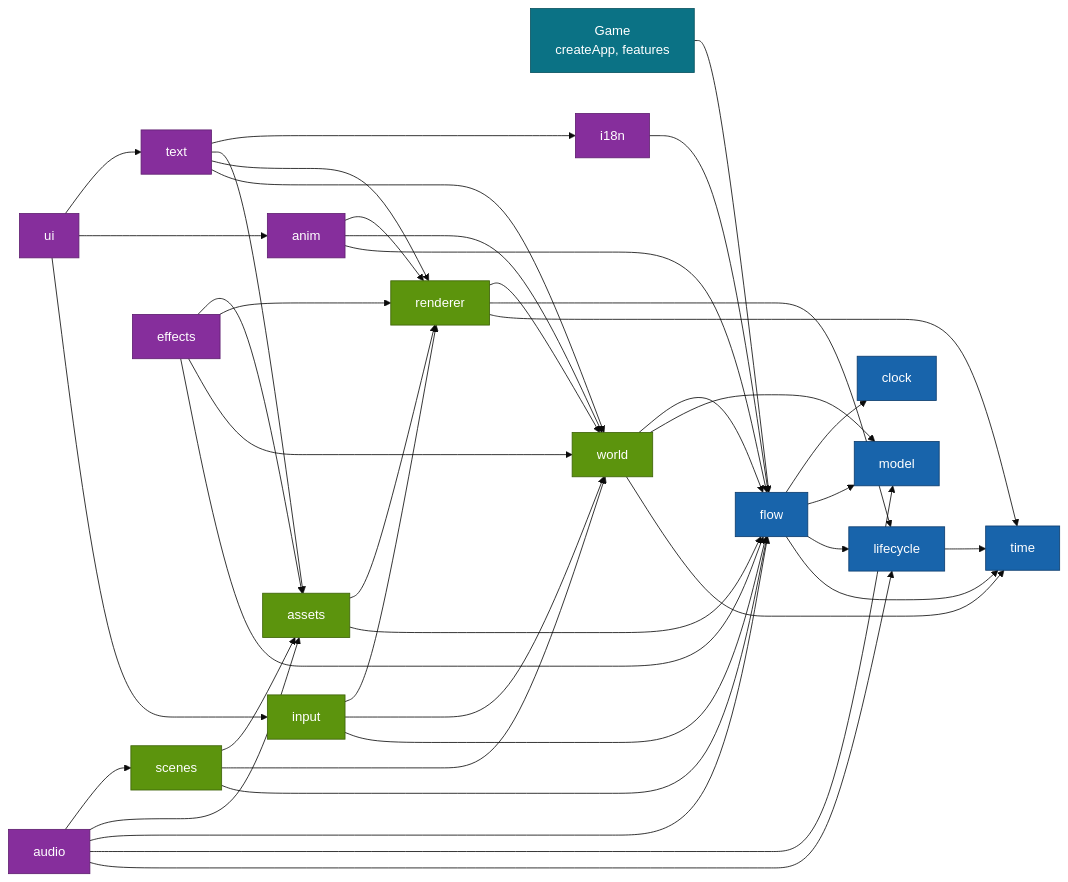
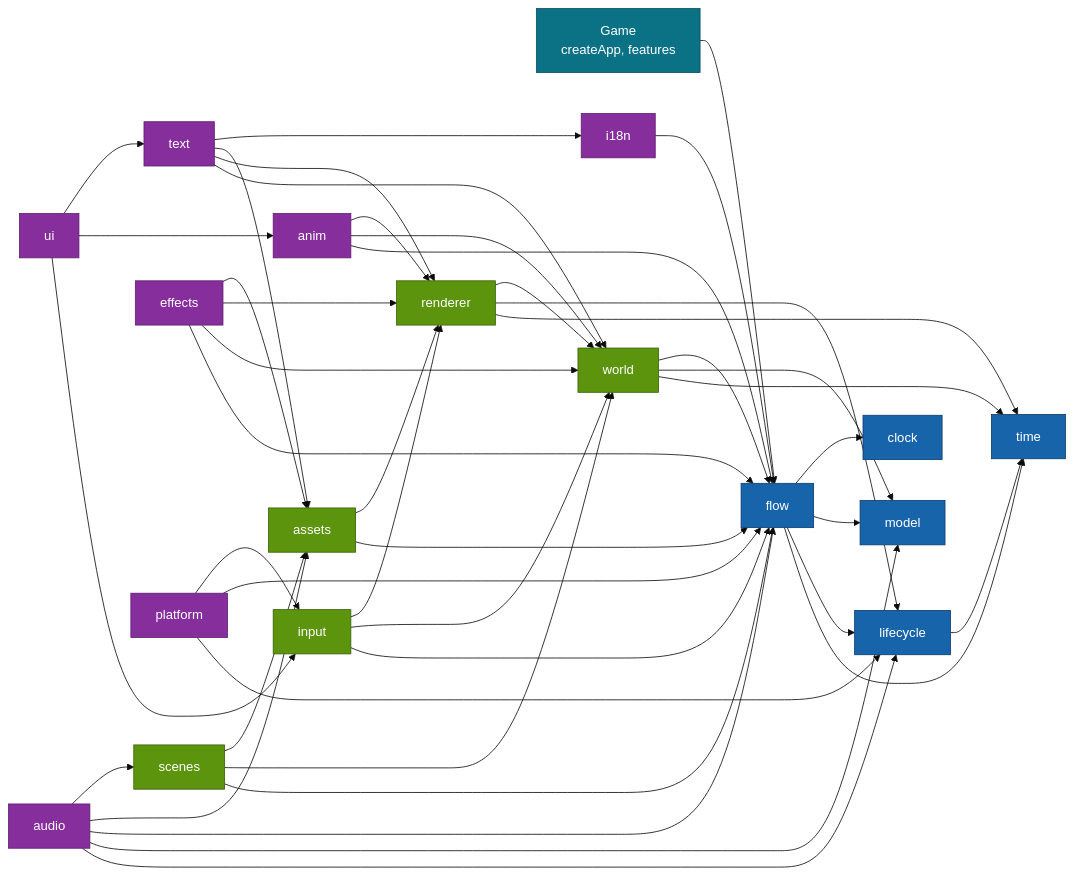
Before and after one commit to moku-labs/game: the second of 2 diagrams in README.md, drawn with Mermaid (base theme). The commit also changed other lines of this file and 35 other files, not shown here.

````diff
--- a/README.md
+++ b/README.md
@@ -251,51 +252,54 @@
 ```mermaid
 flowchart LR
   G["Game<br/>createApp, features"] --> F["flow"]
   F --> T["time"]
   F --> L["lifecycle"]
   F --> M["model"]
   F --> C["clock"]
   L --> T
   W["world"] --> T
   W --> M
   W --> F
   R["renderer"] --> T
   R --> L
   R --> W
   I["input"] --> F
   I --> W
   I --> R
   A["assets"] --> F
   A --> R
   S["scenes"] --> F
   S --> W
   S --> A
   AN["anim"] --> F
   AN --> W
   AN --> R
   N["i18n"] --> F
   X["text"] --> W
   X --> R
   X --> A
   X --> N
   U["ui"] --> I
   U --> AN
   U --> X
   AU["audio"] --> L
   AU --> M
   AU --> F
   AU --> A
   AU --> S
   EF["effects"] --> F
   EF --> W
   EF --> R
   EF --> A
+  PL["platform"] --> L
+  PL --> F
+  PL --> I
   classDef u fill:#0b7285,stroke:#08525f,color:#fff;
   classDef m fill:#1864ab,stroke:#0d3d6e,color:#fff;
   classDef s fill:#5c940d,stroke:#3d6208,color:#fff;
   classDef v fill:#862e9c,stroke:#5f1f70,color:#fff;
   class G u
   class F,T,L,M,C m
   class W,R,I,A,S s
-  class AN,N,X,U,AU,EF v
+  class AN,N,X,U,AU,EF,PL v
 ```
````
